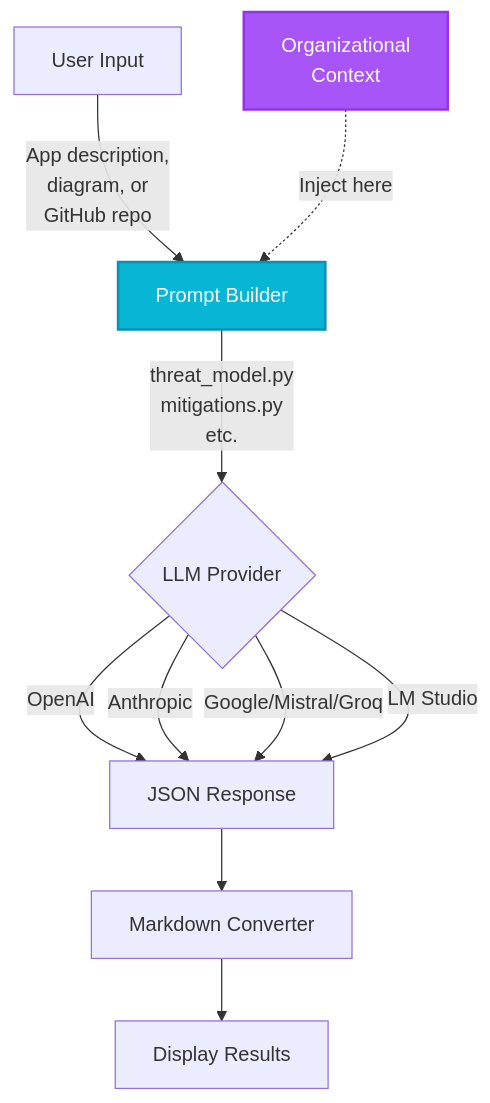
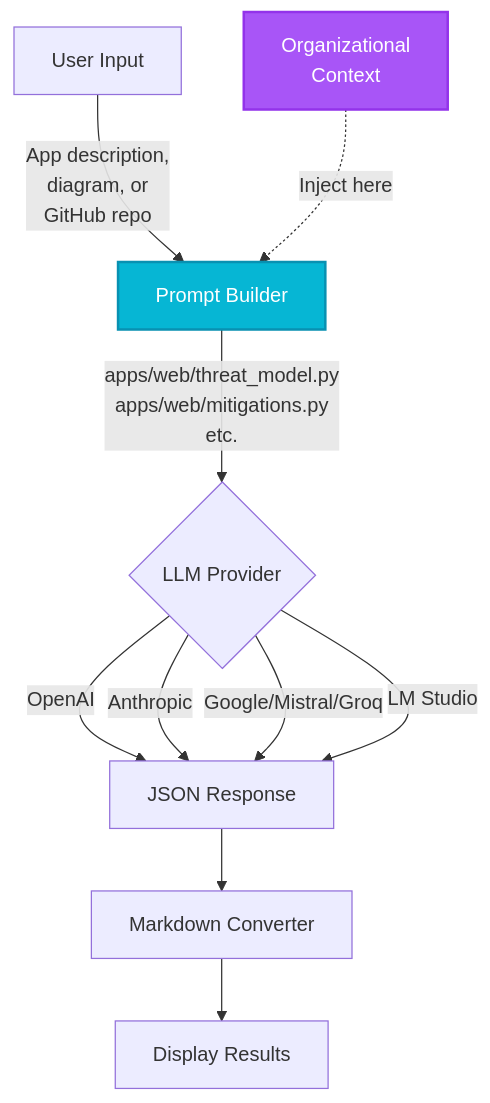
Before and after one commit to mrwadams/stride-gpt: the second of 8 diagrams in docs/operationalization-guide.md, drawn with Mermaid. The commit also changed other lines of this file and 16 other files, not shown here.

````diff
--- a/docs/operationalization-guide.md
+++ b/docs/operationalization-guide.md
@@ -15,16 +61,16 @@
 ```mermaid
 flowchart TD
     A[User Input] -->|App description,<br/>diagram, or<br/>GitHub repo| B[Prompt Builder]
-    B -->|threat_model.py<br/>mitigations.py<br/>etc.| C{LLM Provider}
+    B -->|apps/web/threat_model.py<br/>apps/web/mitigations.py<br/>etc.| C{LLM Provider}
     C -->|OpenAI| D[JSON Response]
     C -->|Anthropic| D
     C -->|Google/Mistral/Groq| D
     C -->|LM Studio| D
     D --> E[Markdown Converter]
     E --> F[Display Results]
 
     G[Organizational<br/>Context] -.->|Inject here| B
 
     style G fill:#A855F7,stroke:#9333EA,stroke-width:2px,color:#fff
     style B fill:#06B6D4,stroke:#0891B2,stroke-width:2px,color:#fff
 ```
````
